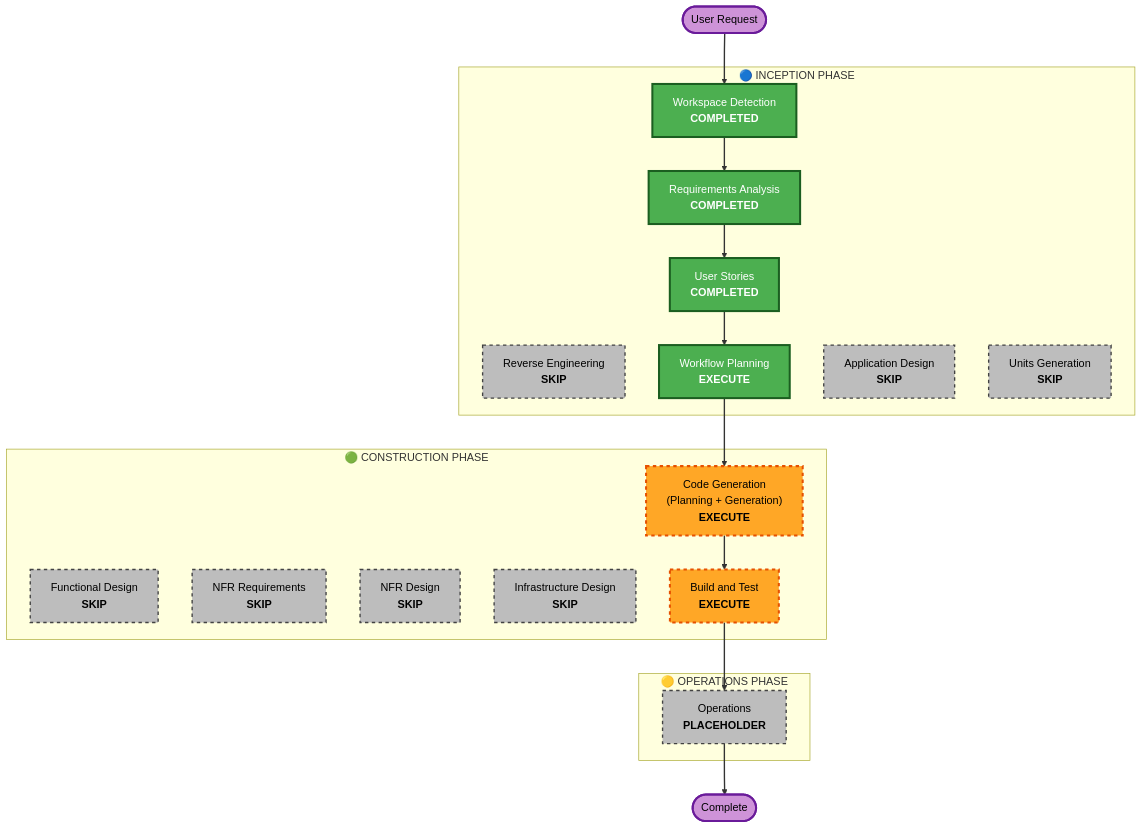
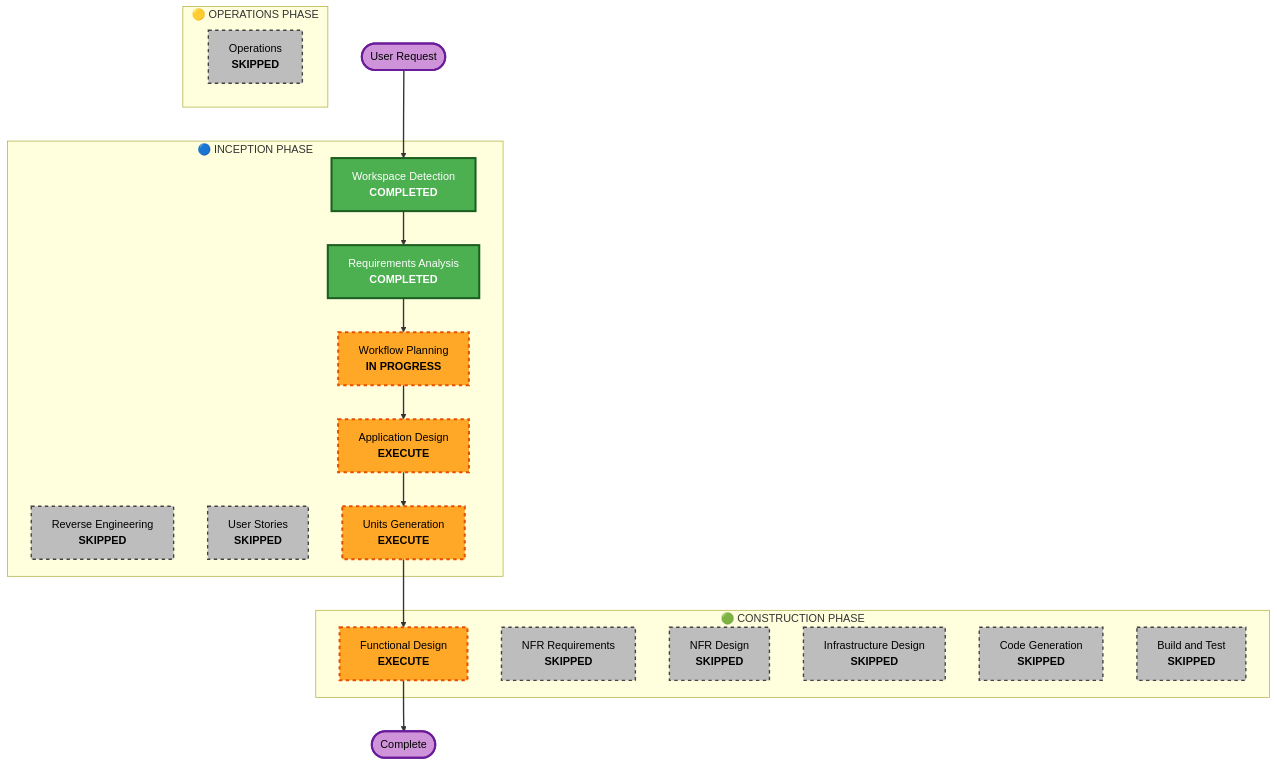
The diagram in aidlc-docs/inception/plans/execution-plan.md (dlhwang/CliExecutionPlatform), drawn with Mermaid before and after one commit. The commit also changed other lines of this file and 12 other files, not shown here.

````diff
--- a/aidlc-docs/inception/plans/execution-plan.md
+++ b/aidlc-docs/inception/plans/execution-plan.md
@@ -30,57 +32,55 @@
 ```mermaid
 flowchart TD
     Start(["User Request"])
     
     subgraph INCEPTION["🔵 INCEPTION PHASE"]
         WD["Workspace Detection<br/><b>COMPLETED</b>"]
-        RE["Reverse Engineering<br/><b>SKIP</b>"]
+        RE["Reverse Engineering<br/><b>SKIPPED</b>"]
         RA["Requirements Analysis<br/><b>COMPLETED</b>"]
-        US["User Stories<br/><b>COMPLETED</b>"]
-        WP["Workflow Planning<br/><b>EXECUTE</b>"]
-        AD["Application Design<br/><b>SKIP</b>"]
-        UG["Units Generation<br/><b>SKIP</b>"]
+        US["User Stories<br/><b>SKIPPED</b>"]
+        WP["Workflow Planning<br/><b>IN PROGRESS</b>"]
+        AD["Application Design<br/><b>EXECUTE</b>"]
+        UG["Units Generation<br/><b>EXECUTE</b>"]
     end
     
     subgraph CONSTRUCTION["🟢 CONSTRUCTION PHASE"]
-        FD["Functional Design<br/><b>SKIP</b>"]
-        NFRA["NFR Requirements<br/><b>SKIP</b>"]
-        NFRD["NFR Design<br/><b>SKIP</b>"]
-        ID["Infrastructure Design<br/><b>SKIP</b>"]
-        CG["Code Generation<br/>(Planning + Generation)<br/><b>EXECUTE</b>"]
-        BT["Build and Test<br/><b>EXECUTE</b>"]
+        FD["Functional Design<br/><b>EXECUTE</b>"]
+        NFRA["NFR Requirements<br/><b>SKIPPED</b>"]
+        NFRD["NFR Design<br/><b>SKIPPED</b>"]
+        ID["Infrastructure Design<br/><b>SKIPPED</b>"]
+        CG["Code Generation<br/><b>SKIPPED</b>"]
+        BT["Build and Test<br/><b>SKIPPED</b>"]
     end
     
     subgraph OPERATIONS["🟡 OPERATIONS PHASE"]
-        OPS["Operations<br/><b>PLACEHOLDER</b>"]
+        OPS["Operations<br/><b>SKIPPED</b>"]
     end
     
     Start --> WD
     WD --> RA
-    RA --> US
-    US --> WP
-    WP --> CG
-    CG --> BT
-    BT --> OPS
-    OPS --> End(["Complete"])
+    RA --> WP
+    WP --> AD
+    AD --> UG
+    UG --> FD
+    FD --> End(["Complete"])
     
     style WD fill:#4CAF50,stroke:#1B5E20,stroke-width:3px,color:#fff
+    style RA fill:#4CAF50,stroke:#1B5E20,stroke-width:3px,color:#fff
+    style WP fill:#FFA726,stroke:#E65100,stroke-width:3px,stroke-dasharray: 5 5,color:#000
+    style AD fill:#FFA726,stroke:#E65100,stroke-width:3px,stroke-dasharray: 5 5,color:#000
+    style UG fill:#FFA726,stroke:#E65100,stroke-width:3px,stroke-dasharray: 5 5,color:#000
+    style FD fill:#FFA726,stroke:#E65100,stroke-width:3px,stroke-dasharray: 5 5,color:#000
+    
     style RE fill:#BDBDBD,stroke:#424242,stroke-width:2px,stroke-dasharray: 5 5,color:#000
-    style RA fill:#4CAF50,stroke:#1B5E20,stroke-width:3px,color:#fff
-    style US fill:#4CAF50,stroke:#1B5E20,stroke-width:3px,color:#fff
-    style WP fill:#4CAF50,stroke:#1B5E20,stroke-width:3px,color:#fff
-    style AD fill:#BDBDBD,stroke:#424242,stroke-width:2px,stroke-dasharray: 5 5,color:#000
-    style UG fill:#BDBDBD,stroke:#424242,stroke-width:2px,stroke-dasharray: 5 5,color:#000
-    
-    style FD fill:#BDBDBD,stroke:#424242,stroke-width:2px,stroke-dasharray: 5 5,color:#000
+    style US fill:#BDBDBD,stroke:#424242,stroke-width:2px,stroke-dasharray: 5 5,color:#000
     style NFRA fill:#BDBDBD,stroke:#424242,stroke-width:2px,stroke-dasharray: 5 5,color:#000
     style NFRD fill:#BDBDBD,stroke:#424242,stroke-width:2px,stroke-dasharray: 5 5,color:#000
     style ID fill:#BDBDBD,stroke:#424242,stroke-width:2px,stroke-dasharray: 5 5,color:#000
-    style CG fill:#FFA726,stroke:#E65100,stroke-width:3px,stroke-dasharray: 5 5,color:#000
-    style BT fill:#FFA726,stroke:#E65100,stroke-width:3px,stroke-dasharray: 5 5,color:#000
+    style CG fill:#BDBDBD,stroke:#424242,stroke-width:2px,stroke-dasharray: 5 5,color:#000
+    style BT fill:#BDBDBD,stroke:#424242,stroke-width:2px,stroke-dasharray: 5 5,color:#000
     style OPS fill:#BDBDBD,stroke:#424242,stroke-width:2px,stroke-dasharray: 5 5,color:#000
-    
     style Start fill:#CE93D8,stroke:#6A1B9A,stroke-width:3px,color:#000
     style End fill:#CE93D8,stroke:#6A1B9A,stroke-width:3px,color:#000
     
     linkStyle default stroke:#333,stroke-width:2px
 ```
````
